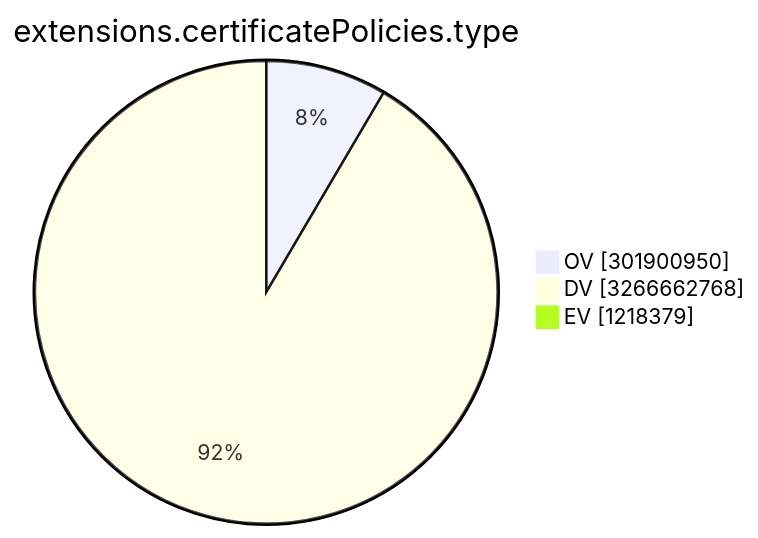
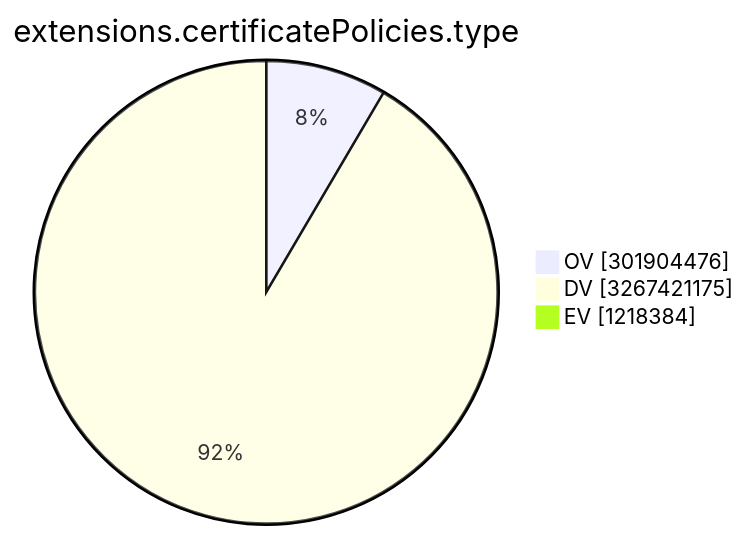
The ninth of 15 diagrams in TOTAL/README.md (christiankrug/ctmonitor_visualization), drawn with Mermaid before and after one commit. The commit also changed other lines of this file, not shown here.

````diff
--- a/TOTAL/README.md
+++ b/TOTAL/README.md
@@ -3107,7 +3107,7 @@
 ```mermaid
 pie showData
 title extensions.certificatePolicies.type
-"OV" :301900950
-"DV" :3266662768
-"EV" :1218379
+"OV" :301904476
+"DV" :3267421175
+"EV" :1218384
 ```
````
